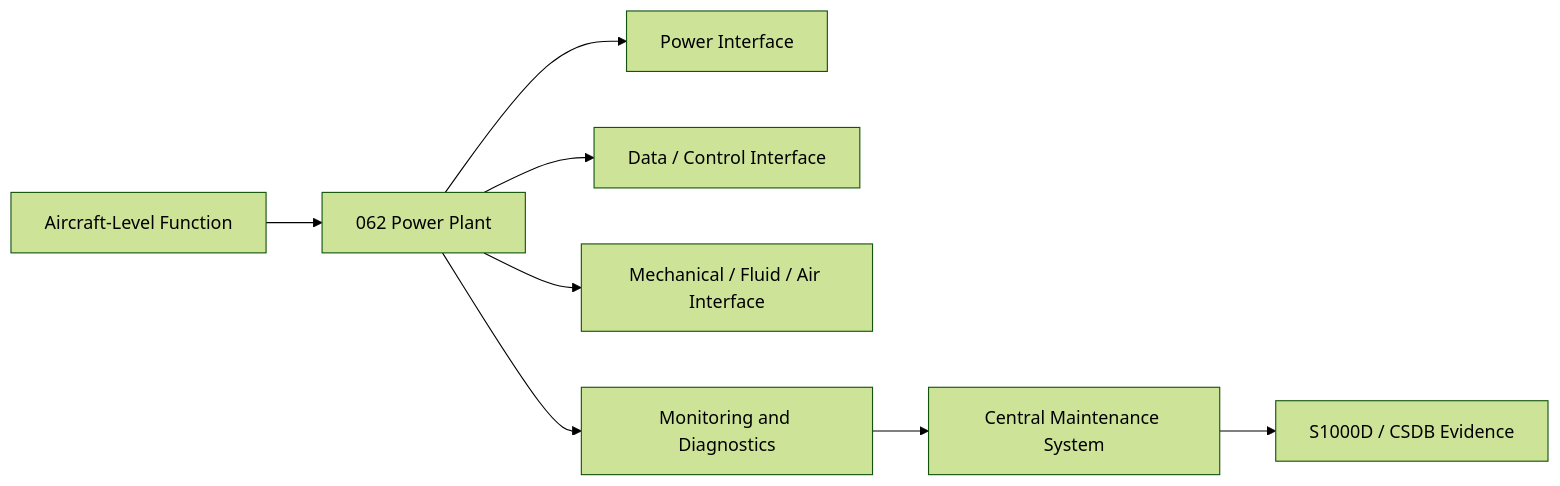
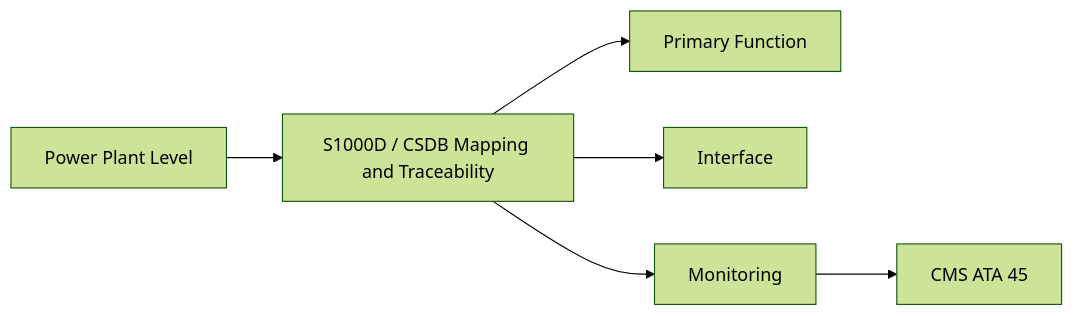
One commit to AmedeoPelliccia/Qplus-For-All-Queer-People-and-Quantum changed the first of 2 diagrams in Q+ATLANTIDE/000-099_ATLAS/060-069_Propulsion-Tradicional/062_Power-Plant/062-090-S1000D-CSDB-Mapping-and-Traceability.md. Above: the diagram before and after it, drawn with Mermaid (forest theme). The commit also changed other lines of this file and 74 other files, not shown here.

````diff
--- a/Q+ATLANTIDE/000-099_ATLAS/060-069_Propulsion-Tradicional/062_Power-Plant/062-090-S1000D-CSDB-Mapping-and-Traceability.md
+++ b/Q+ATLANTIDE/000-099_ATLAS/060-069_Propulsion-Tradicional/062_Power-Plant/062-090-S1000D-CSDB-Mapping-and-Traceability.md
@@ -153,10 +83,8 @@
 ```mermaid
 flowchart LR
-    A[Aircraft-Level Function] --> B[062 Power Plant]
-    B --> C[Power Interface]
-    B --> D[Data / Control Interface]
-    B --> E[Mechanical / Fluid / Air Interface]
-    B --> F[Monitoring and Diagnostics]
-    F --> G[Central Maintenance System]
-    G --> H[S1000D / CSDB Evidence]
+    A[Power Plant Level] --> B[S1000D / CSDB Mapping and Traceability]
+    B --> C[Primary Function]
+    B --> D[Interface]
+    B --> E[Monitoring]
+    E --> F[CMS ATA 45]
 ```
````
